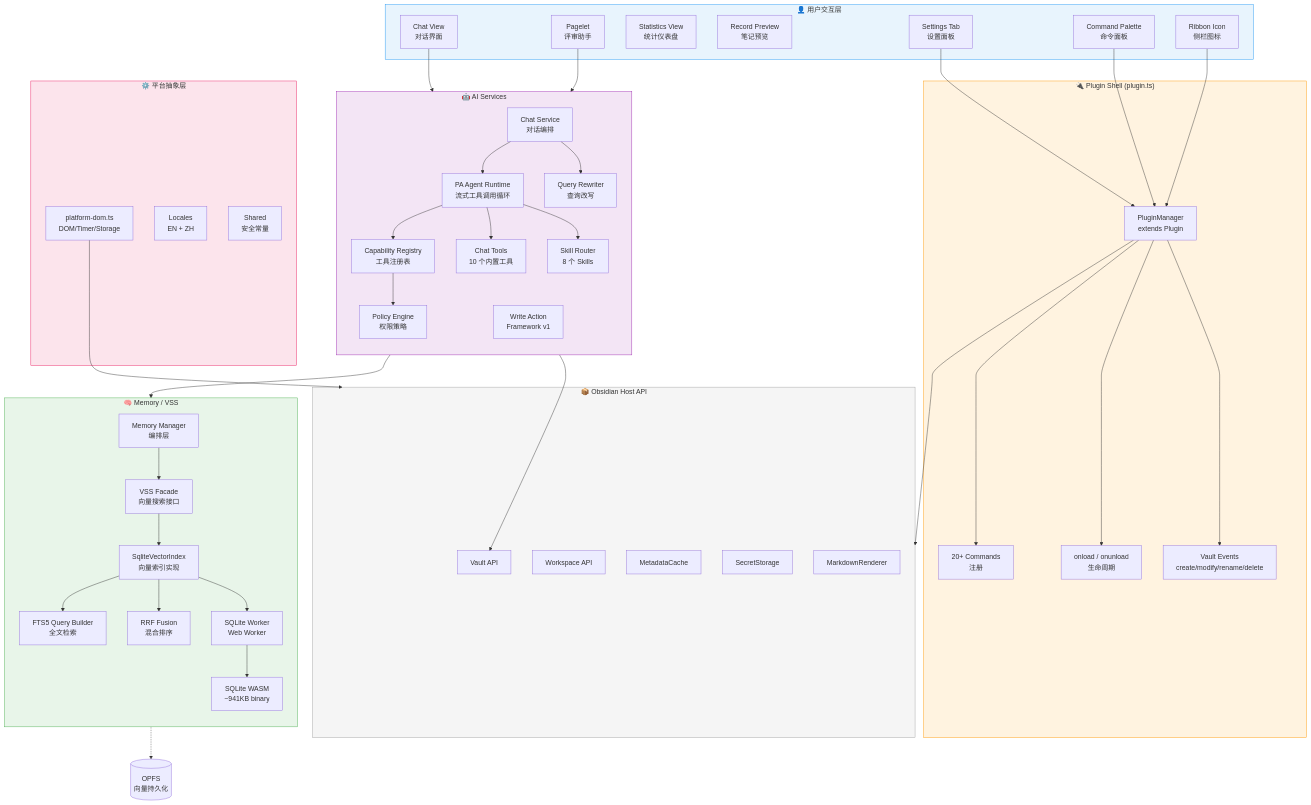
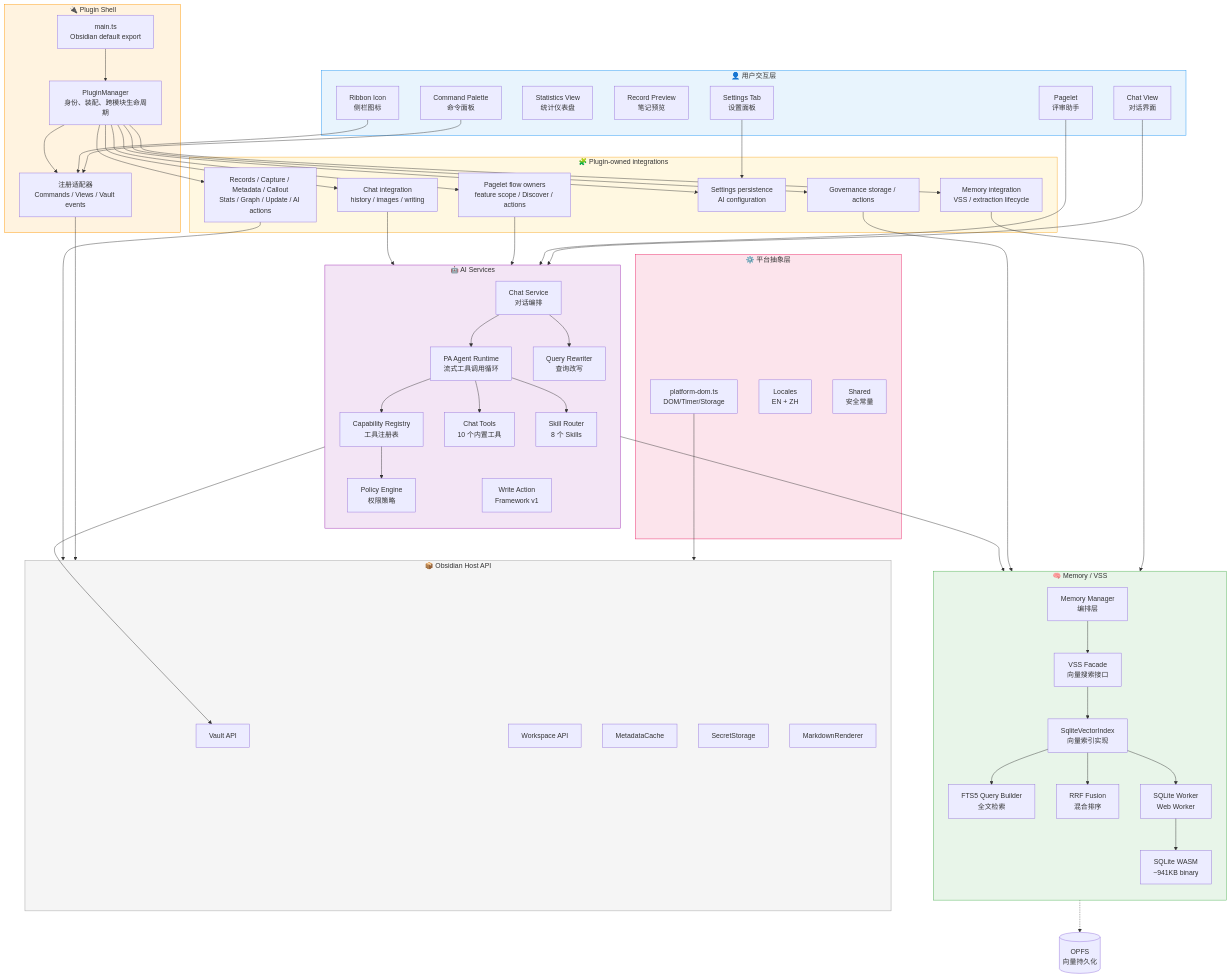
Before and after one commit to edonyzpc/personal-assistant: the third of 14 diagrams in docs/architecture/architecture-overview.md, drawn with Mermaid. The commit also changed other lines of this file and 12 other files, not shown here.

Commit message:
docs(plugin): record B-143 validated architecture

```diff
--- a/docs/architecture/architecture-overview.md
+++ b/docs/architecture/architecture-overview.md
@@ -183,11 +179,19 @@
         RIBBON[Ribbon Icon<br/>侧栏图标]
     end
 
-    subgraph Plugin["🔌 Plugin Shell (plugin.ts)"]
-        PM[PluginManager<br/>extends Plugin]
-        LIFECYCLE[onload / onunload<br/>生命周期]
-        EVENTS[Vault Events<br/>create/modify/rename/delete]
-        CMDS[20+ Commands<br/>注册]
+    subgraph Shell["🔌 Plugin Shell"]
+        MAIN[main.ts<br/>Obsidian default export]
+        PM[PluginManager<br/>身份、装配、跨模块生命周期]
+        REG[注册适配器<br/>Commands / Views / Vault events]
+    end
+
+    subgraph Owners["🧩 Plugin-owned integrations"]
+        SMALL[Records / Capture / Metadata / Callout<br/>Stats / Graph / Update / AI actions]
+        PAGEOWN[Pagelet flow owners<br/>feature scope / Discover / actions]
+        CHATOWN[Chat integration<br/>history / images / writing]
+        SETOWN[Settings persistence<br/>AI configuration]
+        GOVOWN[Governance storage / actions]
+        MEMOWN[Memory integration<br/>VSS / extraction lifecycle]
     end
 
     subgraph AI["🤖 AI Services"]
@@ -229,13 +233,17 @@
 
     CHAT --> CS
     PAGELET --> AI
-    CMD --> PM
-    RIBBON --> PM
-    SETTINGS --> PM
-
-    PM --> EVENTS
-    PM --> LIFECYCLE
-    PM --> CMDS
+    MAIN --> PM
+    CMD --> REG
+    RIBBON --> REG
+    SETTINGS --> SETOWN
+    PM --> REG
+    PM --> SMALL
+    PM --> PAGEOWN
+    PM --> CHATOWN
+    PM --> SETOWN
+    PM --> GOVOWN
+    PM --> MEMOWN
 
     CS --> AGENT
     AGENT --> CAP
@@ -254,11 +262,17 @@
     WORKER --> WASM
 
     PDOM --> Obsidian
-    PM --> Obsidian
+    REG --> Obsidian
+    SMALL --> Obsidian
+    PAGEOWN --> AI
+    CHATOWN --> AI
+    MEMOWN --> MM
+    GOVOWN --> Memory
     SQIDX -.-> OPFS[(OPFS<br/>向量持久化)]
 
     style User fill:#e8f4fd,stroke:#2196f3
-    style Plugin fill:#fff3e0,stroke:#ff9800
+    style Shell fill:#fff3e0,stroke:#ff9800
+    style Owners fill:#fff8e1,stroke:#f9a825
     style AI fill:#f3e5f5,stroke:#9c27b0
     style Memory fill:#e8f5e9,stroke:#4caf50
     style Platform fill:#fce4ec,stroke:#e91e63
```
